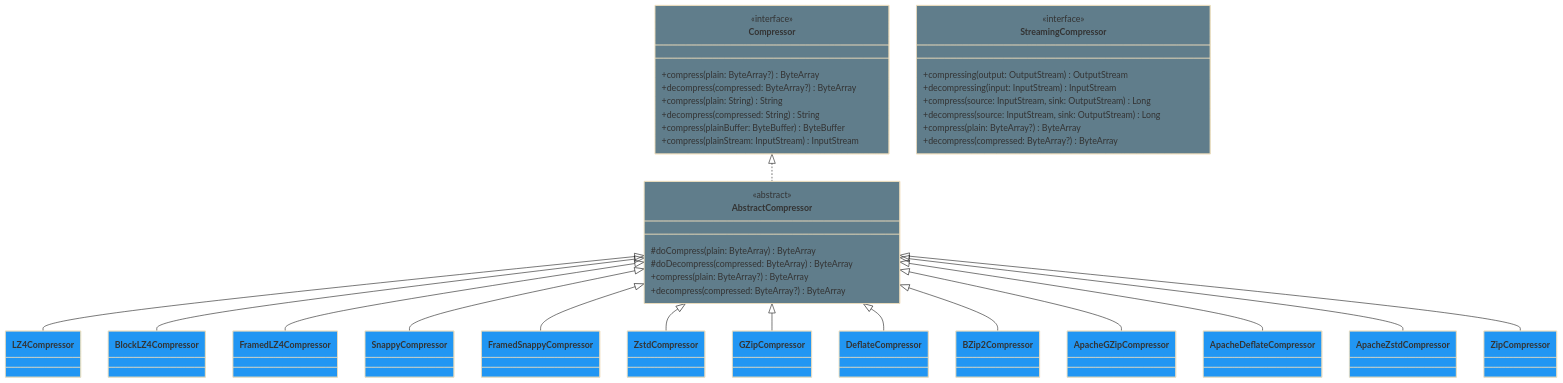
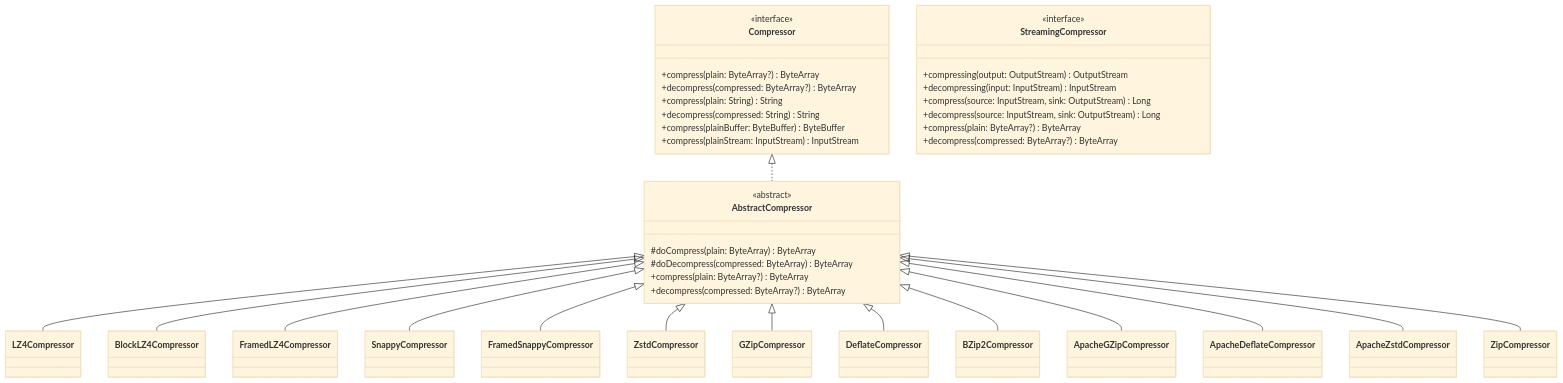
Before and after one commit to bluetape4k/bluetape4k-projects: the first of 4 diagrams in io/io/README.md, drawn with Mermaid (base theme). The commit also changed other lines of this file and 95 other files, not shown here.

First line of the commit message:
docs: Mermaid 파서 오류 전체 수정 (IntelliJ IDEA 호환)

````diff
--- a/io/io/README.md
+++ b/io/io/README.md
@@ -420,64 +420,47 @@
 ```mermaid
 classDiagram
-    class Compressor:::ioStyle {
+    class Compressor {
         <<interface>>
         +compress(plain: ByteArray?) ByteArray
         +decompress(compressed: ByteArray?) ByteArray
         +compress(plain: String) String
         +decompress(compressed: String) String
         +compress(plainBuffer: ByteBuffer) ByteBuffer
         +compress(plainStream: InputStream) InputStream
     }
 
-    class AbstractCompressor:::ioStyle {
+    class AbstractCompressor {
         <<abstract>>
         #doCompress(plain: ByteArray) ByteArray
         #doDecompress(compressed: ByteArray) ByteArray
         +compress(plain: ByteArray?) ByteArray
         +decompress(compressed: ByteArray?) ByteArray
     }
 
-    class LZ4Compressor:::codecStyle
-    class BlockLZ4Compressor:::codecStyle
-    class FramedLZ4Compressor:::codecStyle
-    class SnappyCompressor:::codecStyle
-    class FramedSnappyCompressor:::codecStyle
-    class ZstdCompressor:::codecStyle
-    class GZipCompressor:::codecStyle
-    class DeflateCompressor:::codecStyle
-    class BZip2Compressor:::codecStyle
-    class ApacheGZipCompressor:::codecStyle
-    class ApacheDeflateCompressor:::codecStyle
-    class ApacheZstdCompressor:::codecStyle
-    class ZipCompressor:::codecStyle
 
-    class StreamingCompressor:::ioStyle {
+    class StreamingCompressor {
         <<interface>>
         +compressing(output: OutputStream) OutputStream
         +decompressing(input: InputStream) InputStream
         +compress(source: InputStream, sink: OutputStream) Long
         +decompress(source: InputStream, sink: OutputStream) Long
         +compress(plain: ByteArray?) ByteArray
         +decompress(compressed: ByteArray?) ByteArray
     }
 
     Compressor <|.. AbstractCompressor
     AbstractCompressor <|-- LZ4Compressor
     AbstractCompressor <|-- BlockLZ4Compressor
     AbstractCompressor <|-- FramedLZ4Compressor
     AbstractCompressor <|-- SnappyCompressor
     AbstractCompressor <|-- FramedSnappyCompressor
     AbstractCompressor <|-- ZstdCompressor
     AbstractCompressor <|-- GZipCompressor
     AbstractCompressor <|-- DeflateCompressor
     AbstractCompressor <|-- BZip2Compressor
     AbstractCompressor <|-- ApacheGZipCompressor
     AbstractCompressor <|-- ApacheDeflateCompressor
     AbstractCompressor <|-- ApacheZstdCompressor
     AbstractCompressor <|-- ZipCompressor
 
-    classDef ioStyle fill:#607D8B
-    classDef codecStyle fill:#2196F3
-    classDef serializerStyle fill:#FF9800
-    classDef extensionStyle fill:#4CAF50
 ```
````
